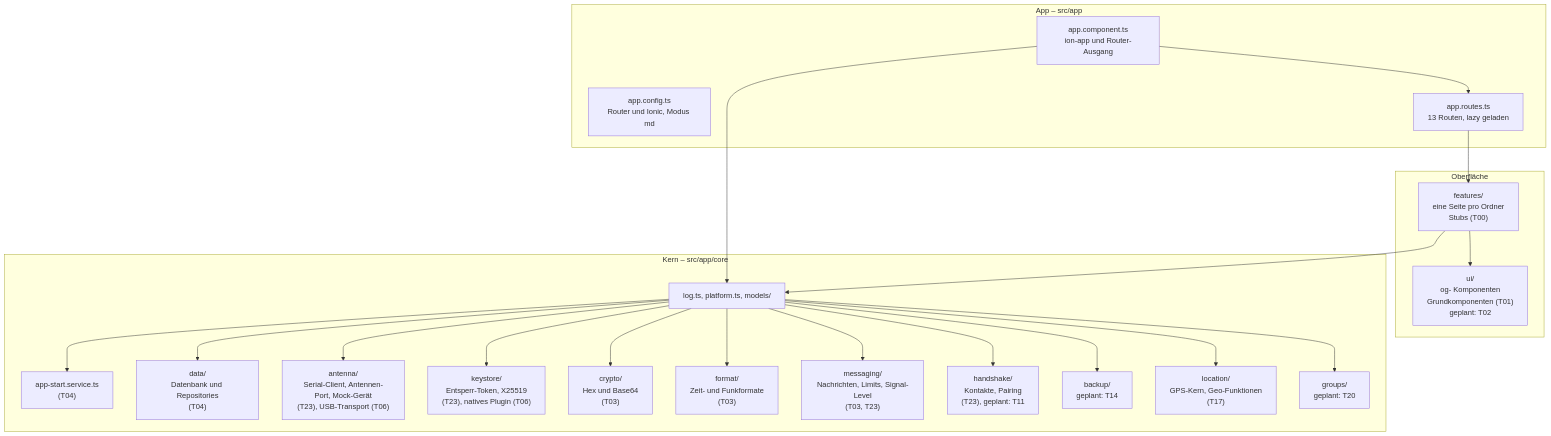
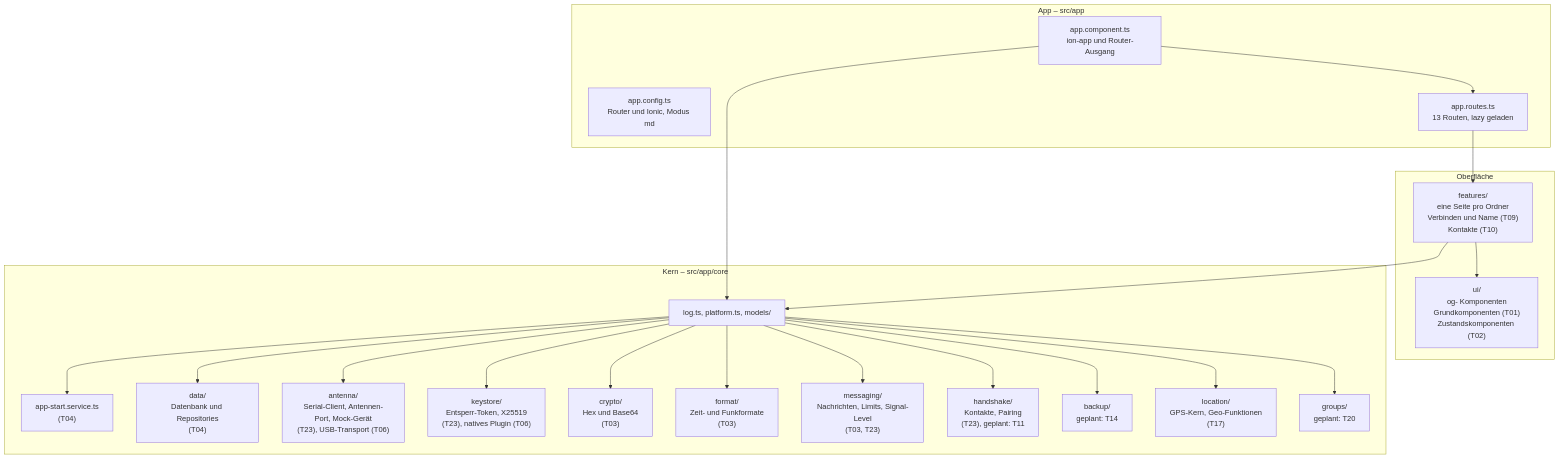
Before and after one commit to OffGridCH/app: the diagram in doku/architektur/ueberblick.md, drawn with Mermaid. The commit also changed other lines of this file and 12 other files, not shown here.

````diff
--- a/doku/architektur/ueberblick.md
+++ b/doku/architektur/ueberblick.md
@@ -17,42 +19,42 @@
 ```mermaid
 flowchart TD
     subgraph App["App – src/app"]
         Root["app.component.ts<br>ion-app und Router-Ausgang"]
         Config["app.config.ts<br>Router und Ionic, Modus md"]
         Routes["app.routes.ts<br>13 Routen, lazy geladen"]
     end
     subgraph Ui["Oberfläche"]
-        Pages["features/<br>eine Seite pro Ordner<br>Stubs (T00)"]
-        Components["ui/<br>og- Komponenten<br>Grundkomponenten (T01)<br>geplant: T02"]
+        Pages["features/<br>eine Seite pro Ordner<br>Verbinden und Name (T09)<br>Kontakte (T10)"]
+        Components["ui/<br>og- Komponenten<br>Grundkomponenten (T01)<br>Zustandskomponenten (T02)"]
     end
     subgraph Core["Kern – src/app/core"]
         Basis["log.ts, platform.ts, models/"]
         Start["app-start.service.ts<br>(T04)"]
         Data["data/<br>Datenbank und Repositories<br>(T04)"]
         Antenna["antenna/<br>Serial-Client, Antennen-Port, Mock-Gerät<br>(T23), USB-Transport (T06)"]
         Keystore["keystore/<br>Entsperr-Token, X25519<br>(T23), natives Plugin (T06)"]
         Crypto["crypto/<br>Hex und Base64<br/>(T03)"]
         Format["format/<br>Zeit- und Funkformate<br/>(T03)"]
         Messaging["messaging/<br>Nachrichten, Limits, Signal-Level<br/>(T03, T23)"]
         Handshake["handshake/<br>Kontakte, Pairing<br>(T23), geplant: T11"]
         Backup["backup/<br>geplant: T14"]
         Location["location/<br>GPS-Kern, Geo-Funktionen<br>(T17)"]
         Groups["groups/<br>geplant: T20"]
     end
     Root --> Routes
     Routes --> Pages
     Pages --> Components
     Pages --> Basis
     Root --> Basis
     Basis --> Start
     Basis --> Data
     Basis --> Antenna
     Basis --> Keystore
     Basis --> Crypto
     Basis --> Format
     Basis --> Messaging
     Basis --> Handshake
     Basis --> Backup
     Basis --> Location
     Basis --> Groups
 ```
````
